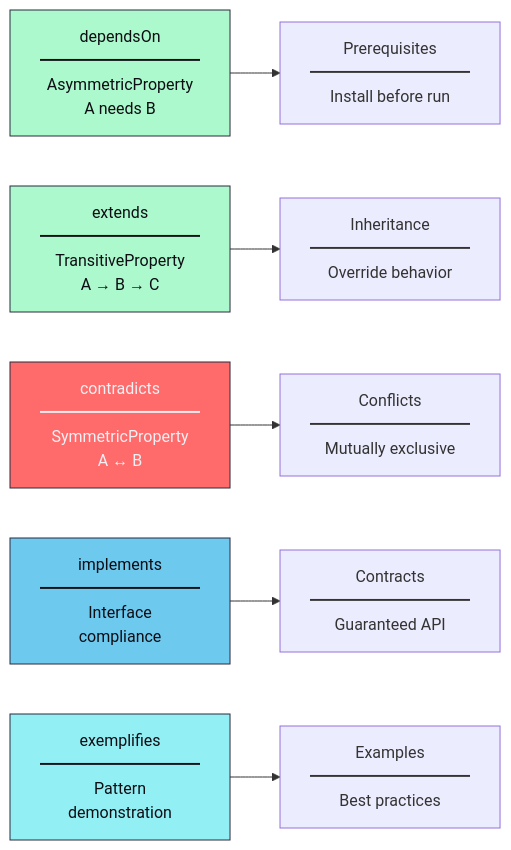
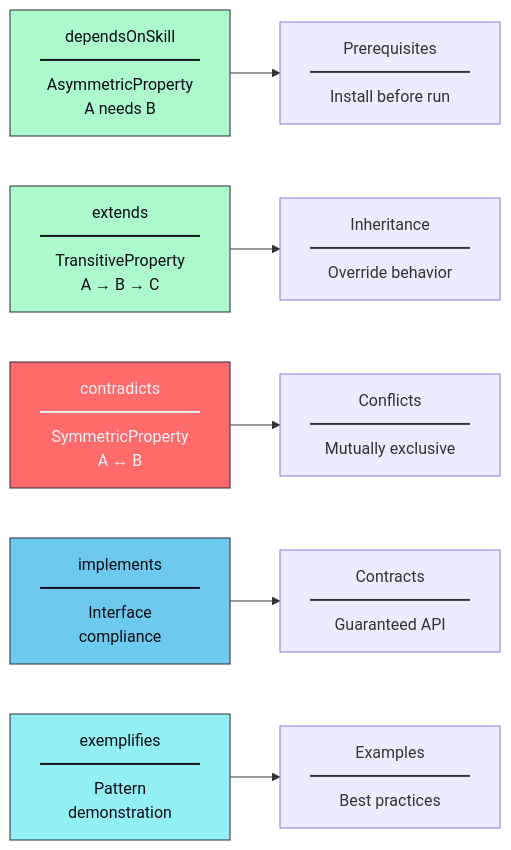
The third of 4 diagrams in site/src/content/docs/docs/architecture.md (mareasoftware/ontoclaw), drawn with Mermaid before and after one commit. The commit also changed other lines of this file and 103 other files, not shown here.

````diff
--- a/site/src/content/docs/docs/architecture.md
+++ b/site/src/content/docs/docs/architecture.md
@@ -61,14 +63,14 @@
 ```mermaid
 flowchart LR
-    A["dependsOn<br/>━━━━━━━━━━<br/>AsymmetricProperty<br/>A needs B"] --> UC1["Prerequisites<br/>━━━━━━━━━━<br/>Install before run"]
+    A["dependsOnSkill<br/>━━━━━━━━━━<br/>AsymmetricProperty<br/>A needs B"] --> UC1["Prerequisites<br/>━━━━━━━━━━<br/>Install before run"]
     B["extends<br/>━━━━━━━━━━<br/>TransitiveProperty<br/>A → B → C"] --> UC2["Inheritance<br/>━━━━━━━━━━<br/>Override behavior"]
     C["contradicts<br/>━━━━━━━━━━<br/>SymmetricProperty<br/>A ↔ B"] --> UC3["Conflicts<br/>━━━━━━━━━━<br/>Mutually exclusive"]
     D["implements<br/>━━━━━━━━━━<br/>Interface<br/>compliance"] --> UC4["Contracts<br/>━━━━━━━━━━<br/>Guaranteed API"]
     E["exemplifies<br/>━━━━━━━━━━<br/>Pattern<br/>demonstration"] --> UC5["Examples<br/>━━━━━━━━━━<br/>Best practices"]
 
     style A fill:#abf9cc,stroke:#2a2a3e,color:#0d0d14
     style B fill:#abf9cc,stroke:#2a2a3e,color:#0d0d14
     style C fill:#ff6b6b,stroke:#2a2a3e,color:#f0f0f5
     style D fill:#6dc9ee,stroke:#2a2a3e,color:#0d0d14
     style E fill:#92eff4,stroke:#2a2a3e,color:#0d0d14
 ```
````
